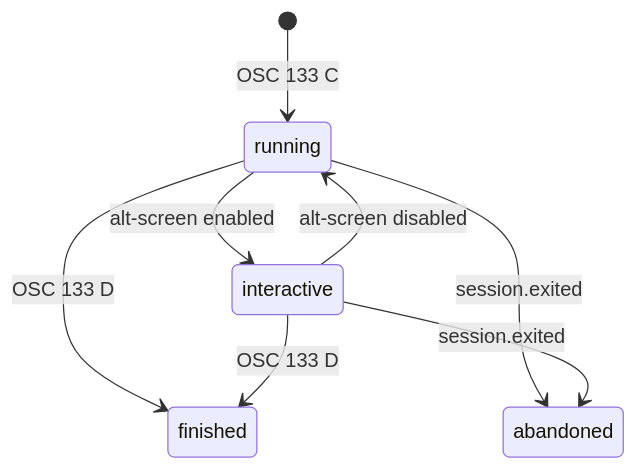
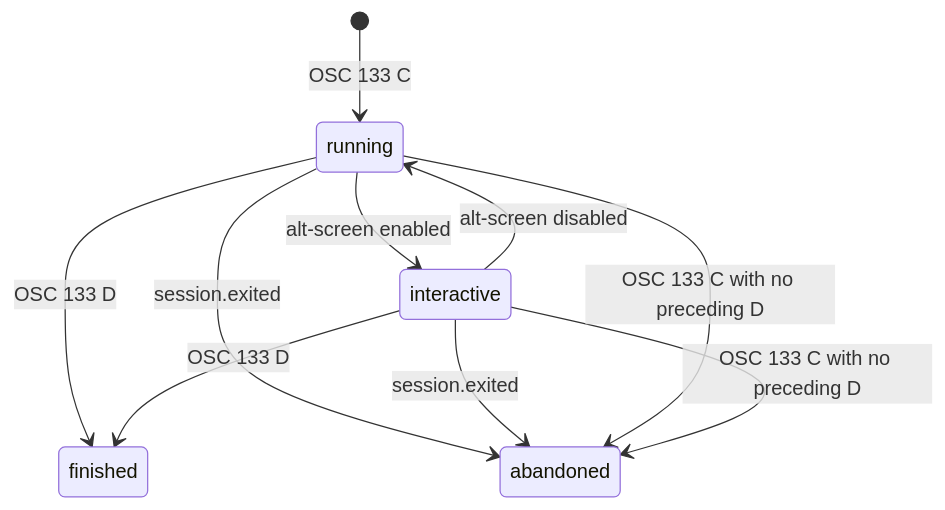
One commit to ecrespo/umbral changed the second of 2 diagrams in specs/api/umbral-daemon-api-v1.md. Above: the diagram before and after it, drawn with Mermaid. The commit also changed other lines of this file and 10 other files, not shown here.

````diff
--- a/specs/api/umbral-daemon-api-v1.md
+++ b/specs/api/umbral-daemon-api-v1.md
@@ -366,10 +380,12 @@
 ```mermaid
 stateDiagram-v2
   [*] --> running: OSC 133 C
   running --> interactive: alt-screen enabled
   interactive --> running: alt-screen disabled
   running --> finished: OSC 133 D
   interactive --> finished: OSC 133 D
   running --> abandoned: session.exited
   interactive --> abandoned: session.exited
+  running --> abandoned: OSC 133 C with no preceding D
+  interactive --> abandoned: OSC 133 C with no preceding D
 ```
````
